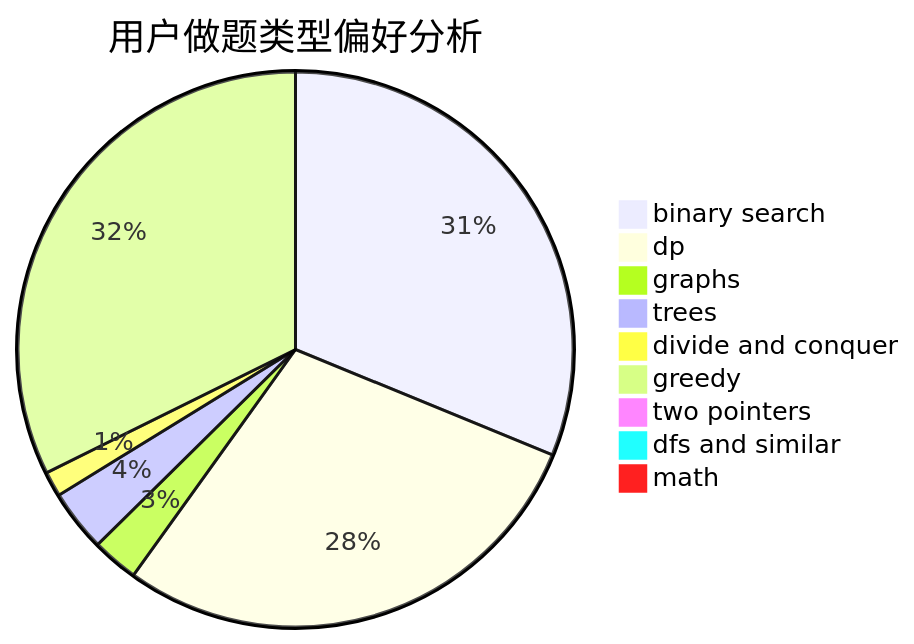
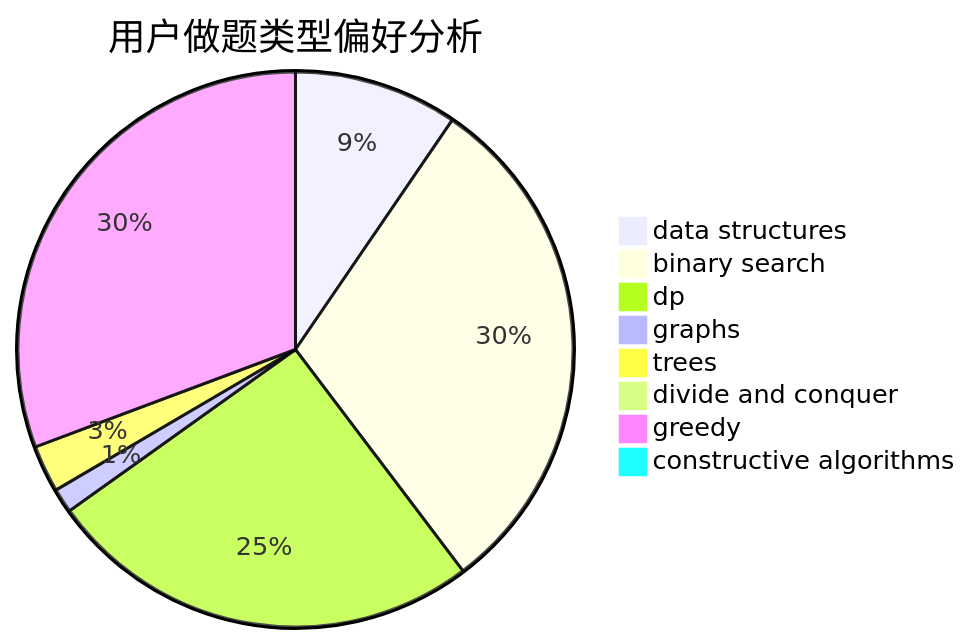
The second of 3 diagrams in docs/user/u1151.md (sherpahu/cfrs.github.io), drawn with Mermaid before and after one commit. The commit also changed other lines of this file and 2775 other files, not shown here.

````diff
--- a/docs/user/u1151.md
+++ b/docs/user/u1151.md
@@ -23,12 +23,11 @@
 ```mermaid
 pie title 用户做题类型偏好分析
-    "binary search" :  277
-    "dp" :  255
-    "graphs" :  24
-    "trees" :  32
-    "divide and conquer" :  13
-    "greedy" :  287
-    "two pointers" :  0
-    "dfs and similar" :  6
-    "math" :  6
+    "data structures" :  87
+    "binary search" :  275
+    "dp" :  232
+    "graphs" :  13
+    "trees" :  25
+    "divide and conquer" :  8
+    "greedy" :  280
+    "constructive algorithms" :  0
 ```
````
